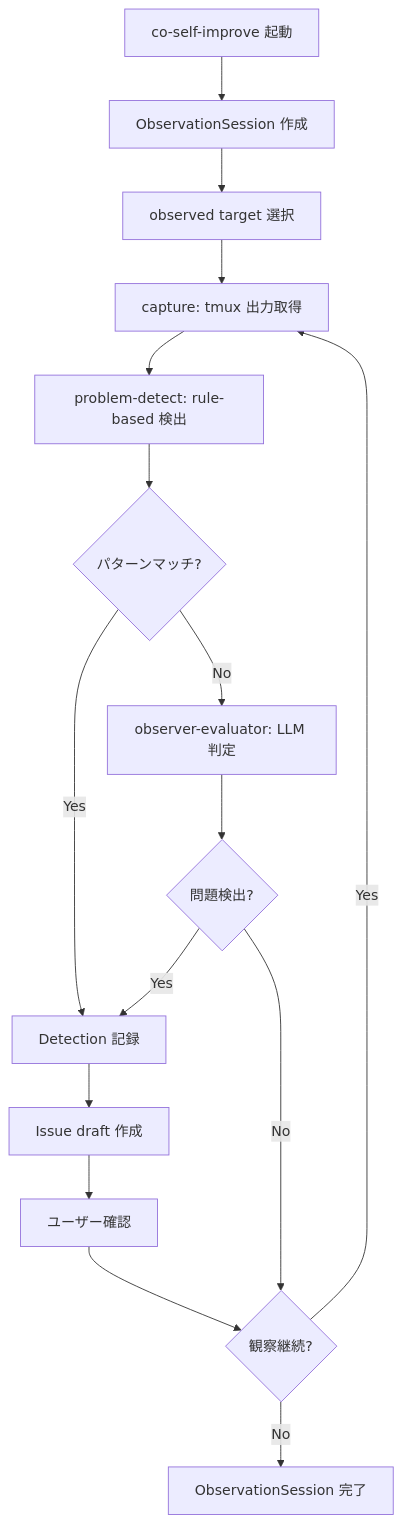
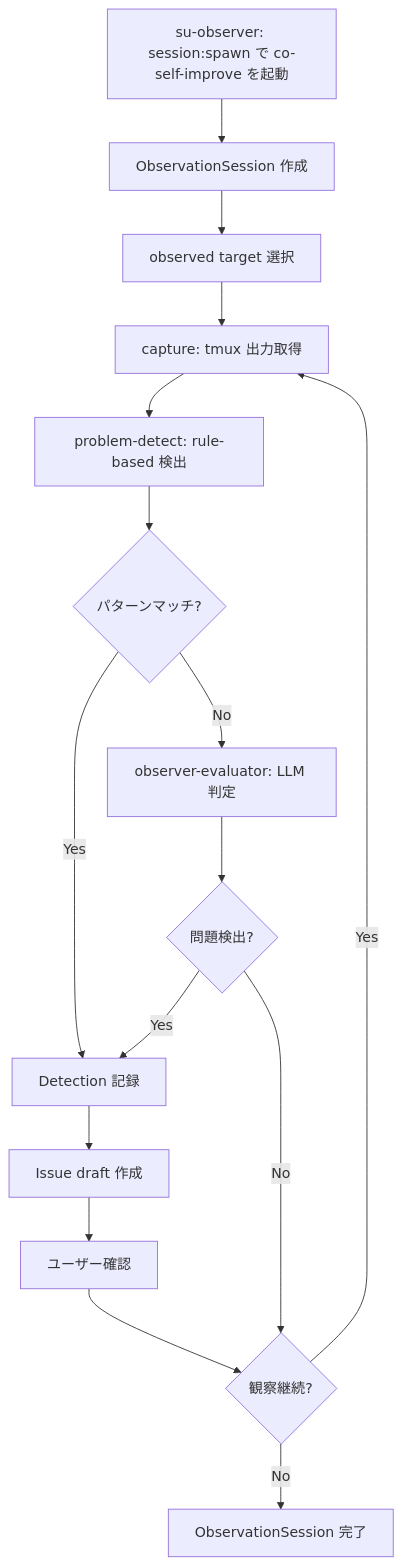
One commit to shuu5/twill changed the first of 3 diagrams in plugins/twl/architecture/domain/contexts/observation.md. Above: the diagram before and after it, drawn with Mermaid. The commit also changed 4 other files, not shown here.

First line of the commit message:
docs(architecture): supervision/observation/context-map/model の observer パターン整合

````diff
--- a/plugins/twl/architecture/domain/contexts/observation.md
+++ b/plugins/twl/architecture/domain/contexts/observation.md
@@ -81,18 +81,18 @@
 ```mermaid
 flowchart TD
-    A[co-self-improve 起動] --> B[ObservationSession 作成]
+    A[su-observer: session:spawn で co-self-improve を起動] --> B[ObservationSession 作成]
     B --> C[observed target 選択]
     C --> D[capture: tmux 出力取得]
     D --> E[problem-detect: rule-based 検出]
     E --> F{パターンマッチ?}
     F -- Yes --> G[Detection 記録]
     F -- No --> H[observer-evaluator: LLM 判定]
     H --> I{問題検出?}
     I -- Yes --> G
     I -- No --> J{観察継続?}
     G --> K[Issue draft 作成]
     K --> L[ユーザー確認]
     L --> J
     J -- Yes --> D
     J -- No --> M[ObservationSession 完了]
 ```
````
